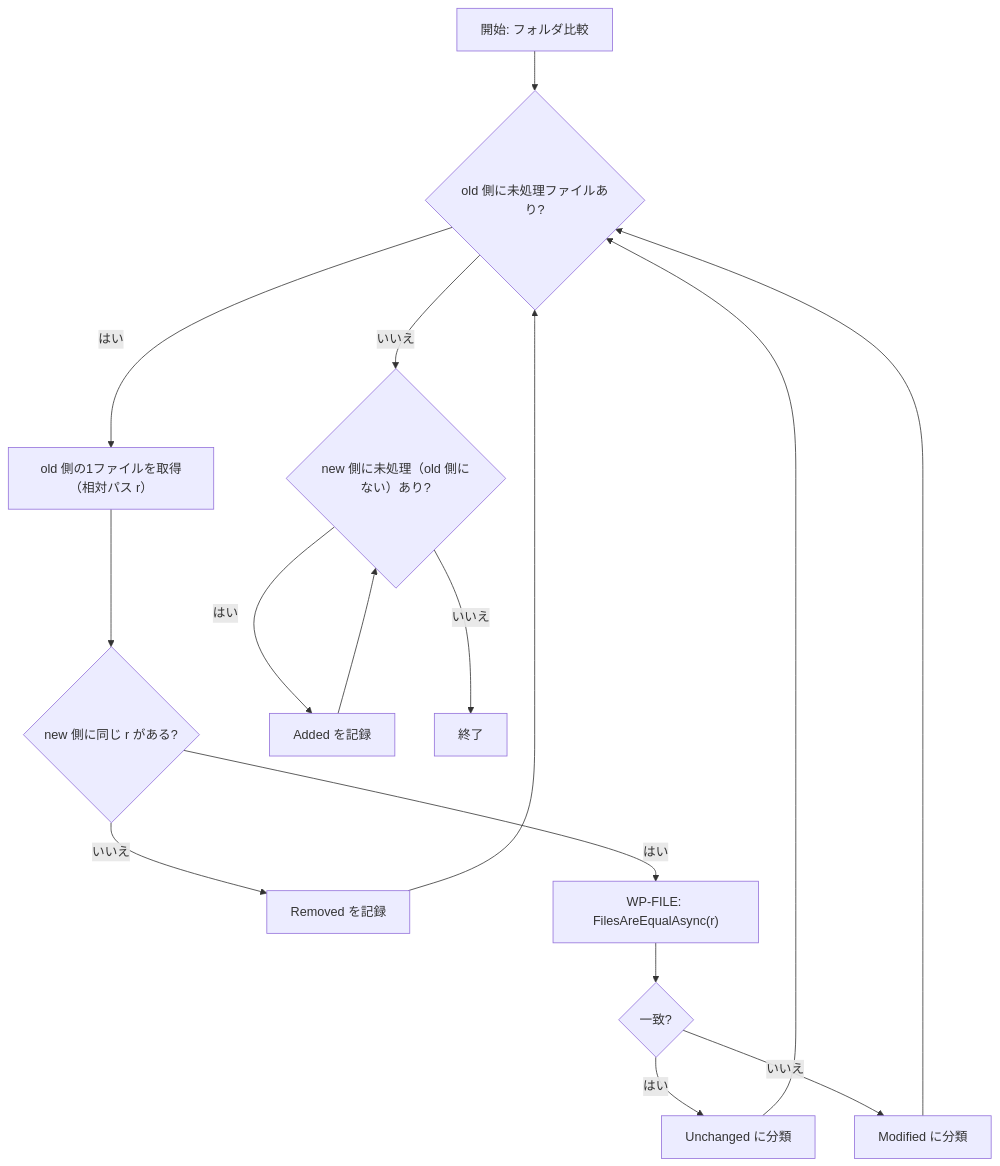
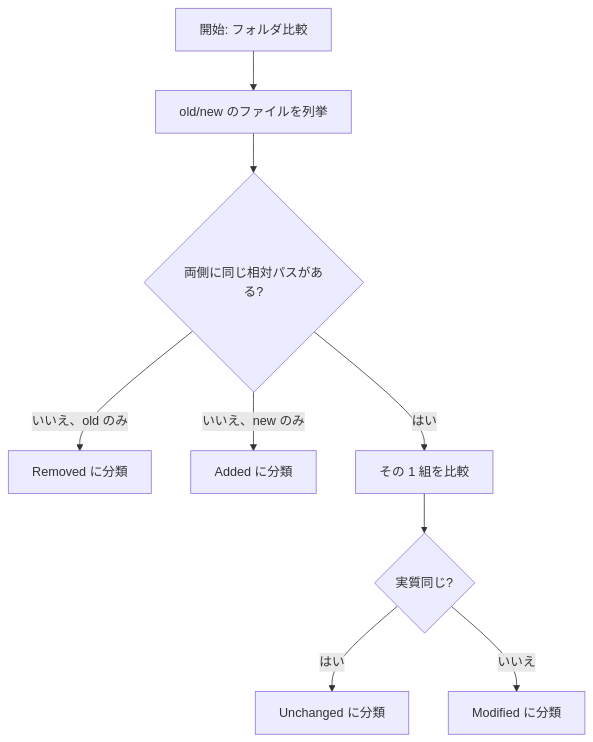
The second of 2 diagrams in README.md (Widthdom/FolderDiffIL4DotNet), drawn with Mermaid before and after one commit. The commit also changed other lines of this file and 1 other file, not shown here.

````diff
--- a/README.md
+++ b/README.md
@@ -379,14 +350,11 @@
 ```mermaid
 flowchart TD
-    A["開始: フォルダ比較"] --> B{"old 側に未処理ファイルあり?"}
-    B -- "はい" --> C["old 側の1ファイルを取得（相対パス r）"]
-    C --> D{"new 側に同じ r がある?"}
-    D -- "いいえ" --> E["Removed を記録"] --> B
-    D -- "はい" --> F["WP-FILE: FilesAreEqualAsync(r)"]
-    F --> G{"一致?"}
-    G -- "はい" --> H["Unchanged に分類"] --> B
-    G -- "いいえ" --> I["Modified に分類"] --> B
-    B -- "いいえ" --> J{"new 側に未処理（old 側にない）あり?"}
-    J -- "はい" --> K["Added を記録"] --> J
-    J -- "いいえ" --> L["終了"]
+    A["開始: フォルダ比較"] --> B["old/new のファイルを列挙"]
+    B --> C{"両側に同じ相対パスがある?"}
+    C -- "いいえ、old のみ" --> D["Removed に分類"]
+    C -- "いいえ、new のみ" --> E["Added に分類"]
+    C -- "はい" --> F["その 1 組を比較"]
+    F --> G{"実質同じ?"}
+    G -- "はい" --> H["Unchanged に分類"]
+    G -- "いいえ" --> I["Modified に分類"]
 ```
````
